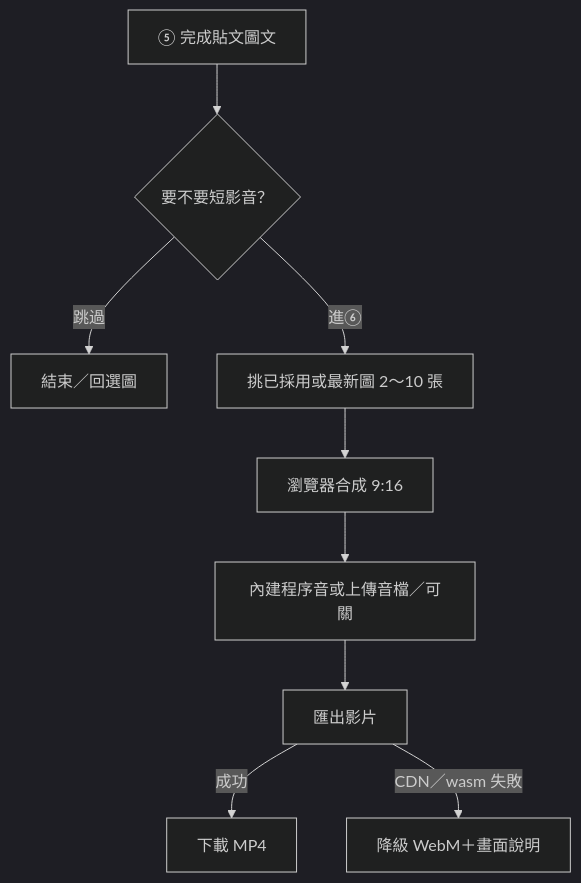
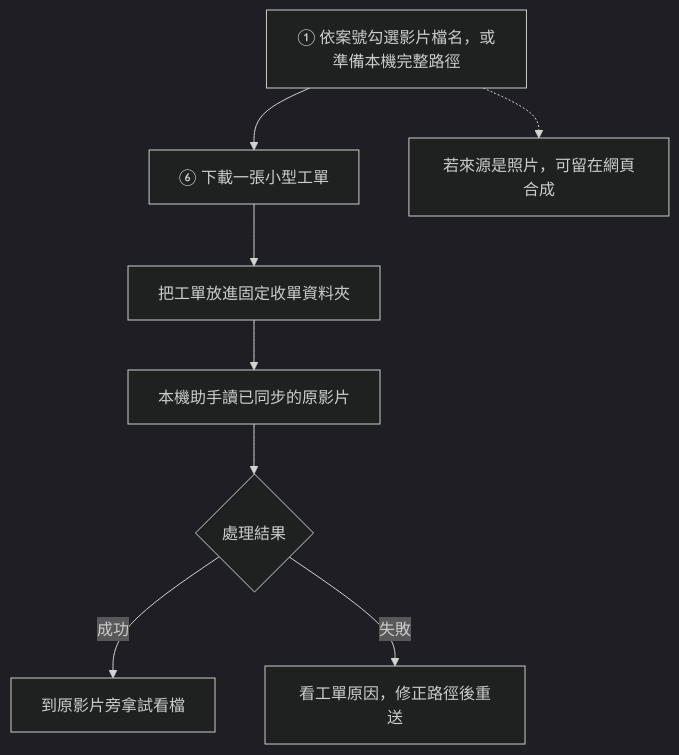
One commit to nephi4377/liff-checkin changed the diagram in SPEC/22_FB_REEL_STUDIO_SPEC.md. Above: the diagram before and after it, drawn with Mermaid (dark theme). The commit also changed other lines of this file and 14 other files, not shown here.

````diff
--- a/SPEC/22_FB_REEL_STUDIO_SPEC.md
+++ b/SPEC/22_FB_REEL_STUDIO_SPEC.md
@@ -19,11 +18,10 @@
 ```mermaid
 flowchart TB
-  Done["⑤ 完成貼文圖文"] --> Opt{"要不要短影音？"}
-  Opt -->|跳過| End1["結束／回選圖"]
-  Opt -->|進⑥| Pick["挑已採用或最新圖 2～10 張"]
-  Pick --> Compose["瀏覽器合成 9:16"]
-  Compose --> Music["內建程序音或上傳音檔／可關"]
-  Music --> Export["匯出影片"]
-  Export -->|成功| Mp4["下載 MP4"]
-  Export -->|CDN／wasm 失敗| Webm["降級 WebM＋畫面說明"]
+  Start["① 依案號勾選影片檔名，或準備本機完整路徑"] --> Order["⑥ 下載一張小型工單"]
+  Order --> Move["把工單放進固定收單資料夾"]
+  Move --> Helper["本機助手讀已同步的原影片"]
+  Helper --> Result{"處理結果"}
+  Result -->|成功| Done["到原影片旁拿試看檔"]
+  Result -->|失敗| Fix["看工單原因，修正路徑後重送"]
+  Start -.-> Photo["若來源是照片，可留在網頁合成"]
 ```
````
